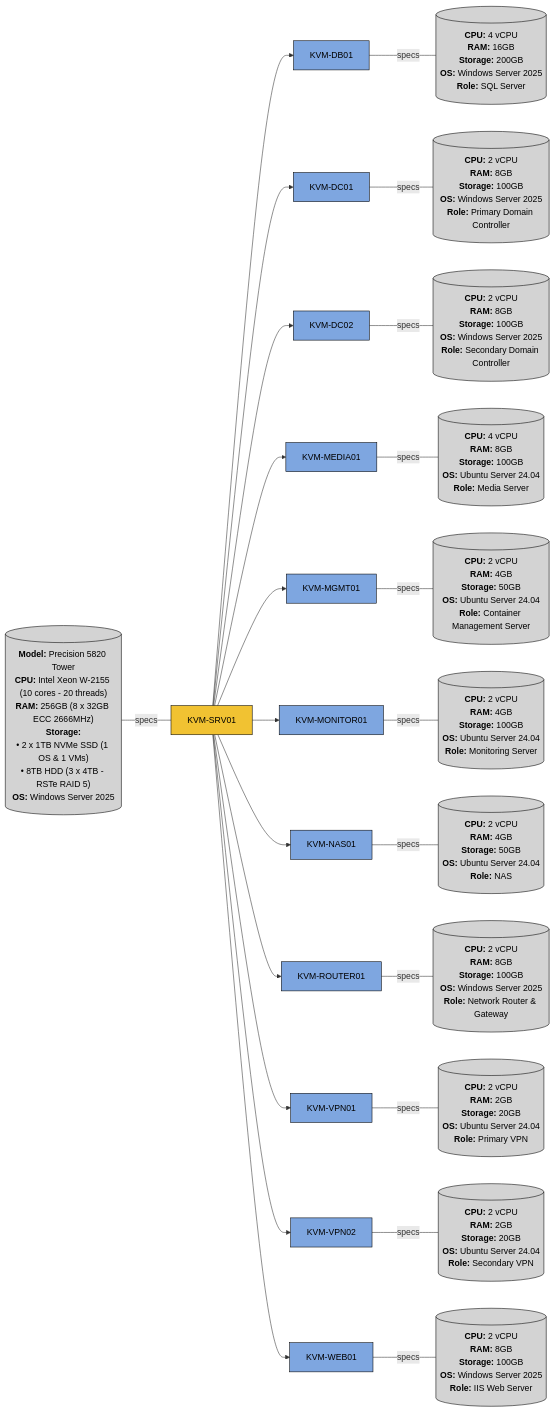
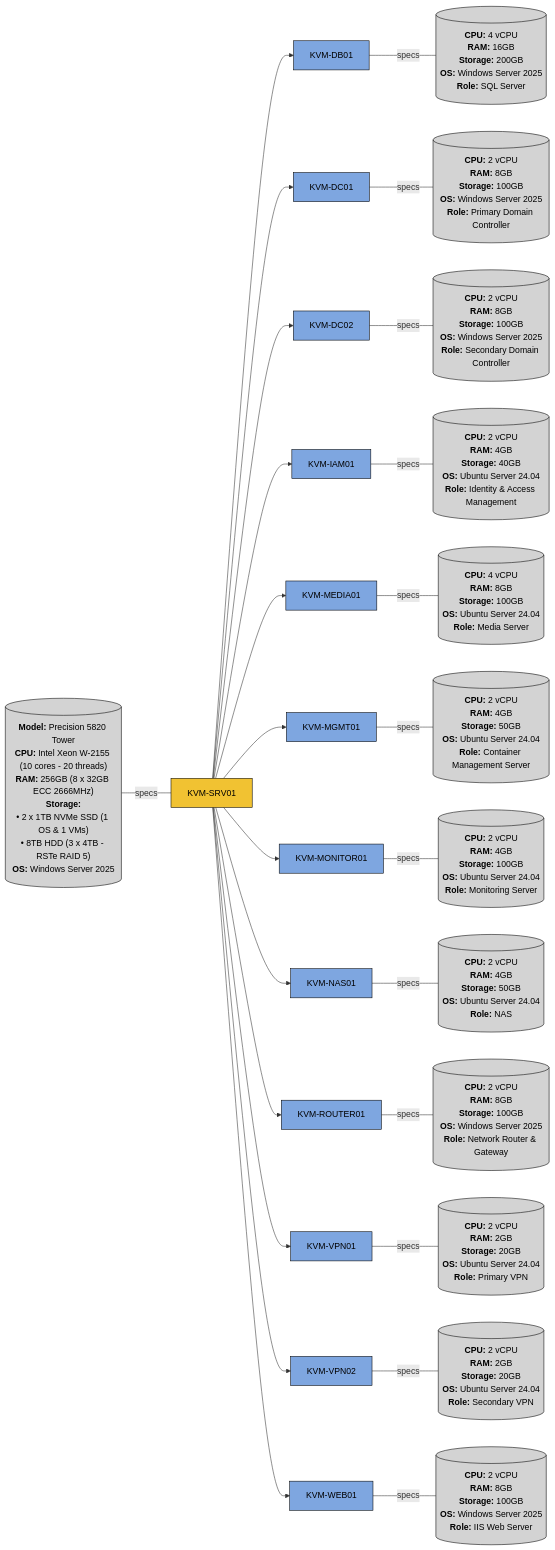
The diagram in README.md (khangvum/homelab-ansible-config), drawn with Mermaid before and after one commit. The commit also changed 1 other file, not shown here.

Commit message:
feat: added KVM-IAM01

````diff
--- a/README.md
+++ b/README.md
@@ -39,6 +39,11 @@
                                                       **Storage:** 100GB
                                                       **OS:** Windows Server 2025
                                                       **Role:** Secondary Domain Controller`")]
+  SRV01 --> IAM01[KVM-IAM01] -- specs --- IAM01_SPECS[("`**CPU:** 2 vCPU
+                                                        **RAM:** 4GB
+                                                        **Storage:** 40GB
+                                                        **OS:** Ubuntu Server 24.04
+                                                        **Role:** Identity & Access Management`")]
   SRV01 --> MEDIA01[KVM-MEDIA01] -- specs --- MEDIA01_SPECS[("`**CPU:** 4 vCPU
                                                             **RAM:** 8GB
                                                             **Storage:** 100GB
@@ -84,8 +89,8 @@
   %% Styling
   class SRV01 hosts
   classDef hosts fill:#f1c232,stroke:#000,color:#000
-  class DB01,DC01,DC02,MEDIA01,MGMT01,MONITOR01,NAS01,ROUTER01,VPN01,VPN02,WEB01 vms
+  class DB01,DC01,DC02,IAM01,MEDIA01,MGMT01,MONITOR01,NAS01,ROUTER01,VPN01,VPN02,WEB01 vms
   classDef vms fill:#7ea6e0,stroke:#000,color:#000
-  class SRV01_SPECS,DB01_SPECS,DC01_SPECS,DC02_SPECS,MEDIA01_SPECS,MGMT01_SPECS,MONITOR01_SPECS,NAS01_SPECS,ROUTER01_SPECS,VPN01_SPECS,VPN02_SPECS,WEB01_SPECS,WRK01_SPECS,WRK02_SPECS,WRK03_SPECS,WRK04_SPECS specs
+  class SRV01_SPECS,DB01_SPECS,DC01_SPECS,DC02_SPECS,IAM01_SPECS,MEDIA01_SPECS,MGMT01_SPECS,MONITOR01_SPECS,NAS01_SPECS,ROUTER01_SPECS,VPN01_SPECS,VPN02_SPECS,WEB01_SPECS,WRK01_SPECS,WRK02_SPECS,WRK03_SPECS,WRK04_SPECS specs
   classDef specs fill:#d3d3d3,stroke:#000,color:#000
 ```
````
